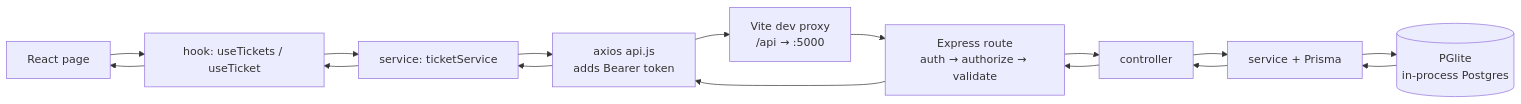
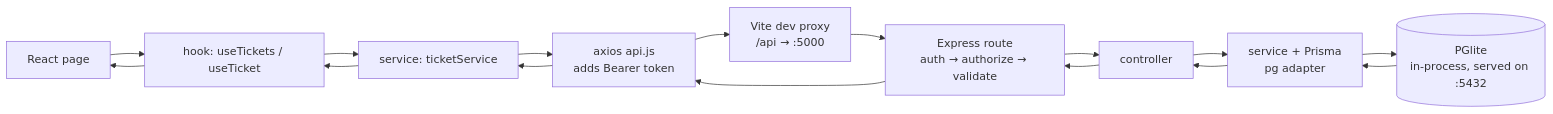
Before and after one commit to shathashams/StudentSupportSystem: the diagram in README.md, drawn with Mermaid. The commit also changed other lines of this file and 9 other files, not shown here.

````diff
--- a/README.md
+++ b/README.md
@@ -130,12 +136,12 @@
 ```mermaid
 flowchart LR
     A[React page] --> B[hook: useTickets / useTicket]
     B --> C[service: ticketService]
     C --> D[axios api.js<br/>adds Bearer token]
     D --> E[Vite dev proxy<br/>/api → :5000]
     E --> F[Express route<br/>auth → authorize → validate]
     F --> G[controller]
-    G --> H[service + Prisma]
-    H --> I[(PGlite<br/>in-process Postgres)]
+    G --> H[service + Prisma<br/>pg adapter]
+    H --> I[(PGlite<br/>in-process, served on :5432)]
     I --> H --> G --> F --> D --> C --> B --> A
 ```
````
